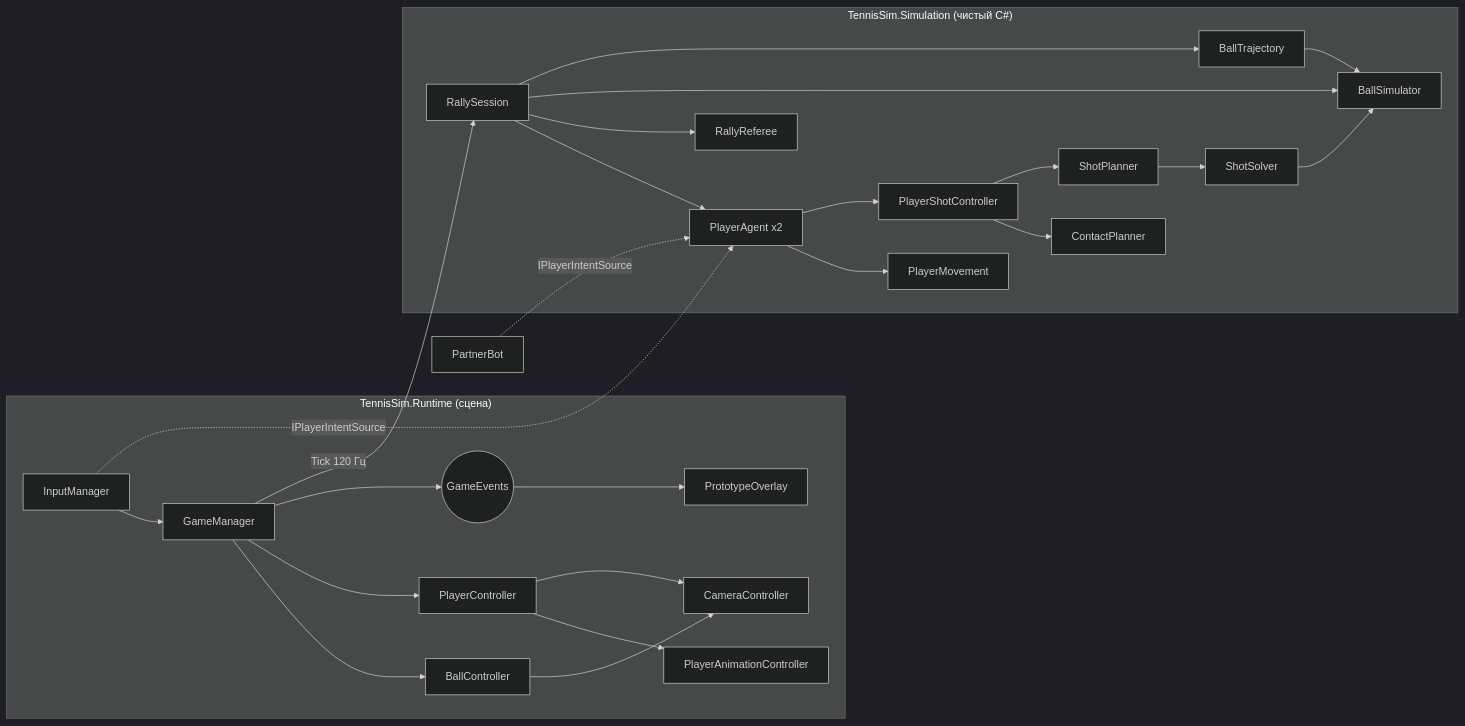
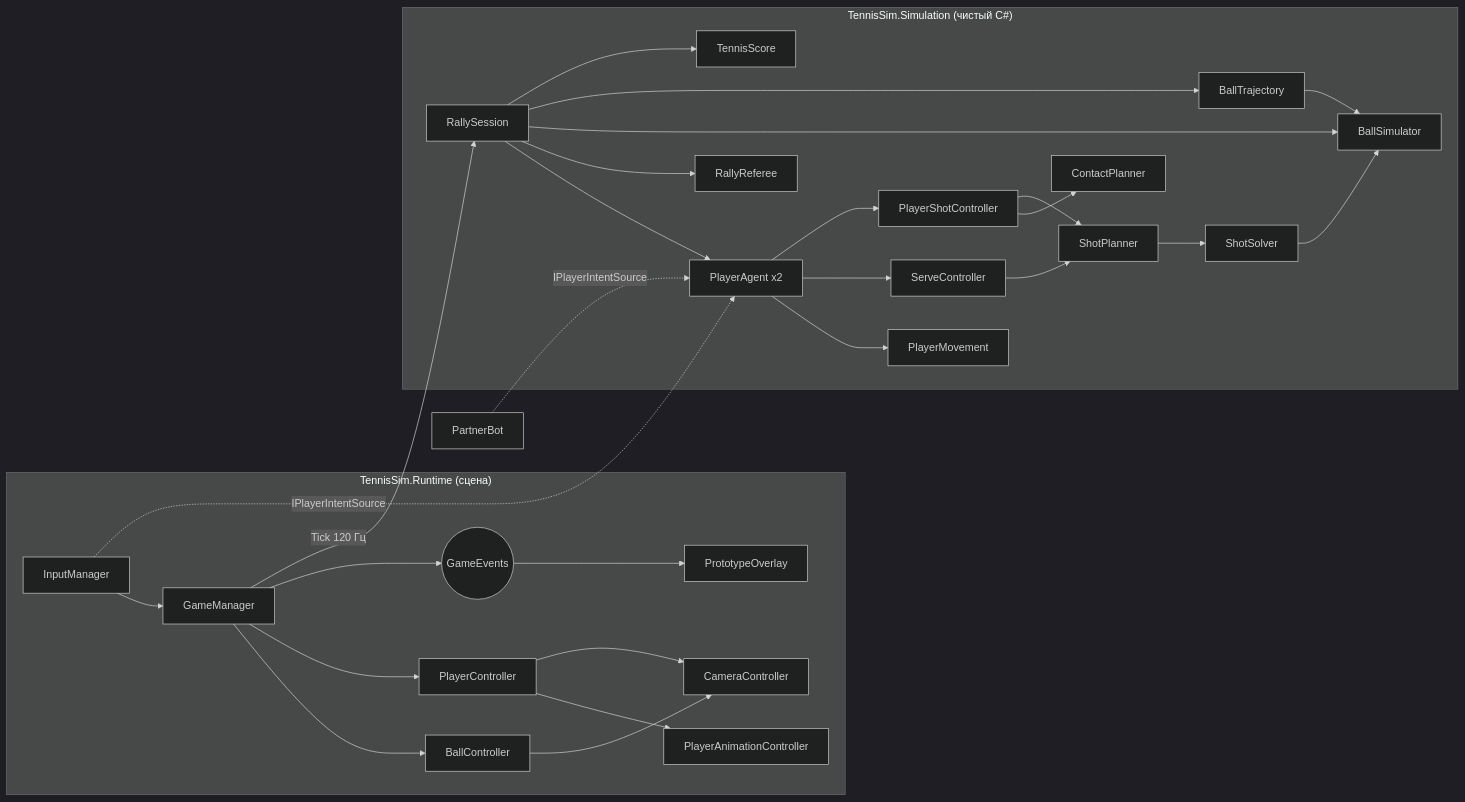
Before and after one commit to BlkDem/tennis: the first of 3 diagrams in docs/ARCHITECTURE.md, drawn with Mermaid (dark theme). The commit also changed other lines of this file and 31 other files, not shown here.

First line of the commit message:
Add real serve, tennis scoring and shot variety; fix low resolution

````diff
--- a/docs/ARCHITECTURE.md
+++ b/docs/ARCHITECTURE.md
@@ -13,29 +13,32 @@
 ```mermaid
 flowchart LR
     subgraph Unity["TennisSim.Runtime (сцена)"]
         IM[InputManager] --> GM[GameManager]
         GM --> BC[BallController]
         GM --> PC[PlayerController]
         PC --> PA[PlayerAnimationController]
         BC --> CAM[CameraController]
         PC --> CAM
         GM --> EV((GameEvents))
         EV --> OV[PrototypeOverlay]
     end
     subgraph Sim["TennisSim.Simulation (чистый C#)"]
         RS[RallySession] --> AG[PlayerAgent x2]
         RS --> REF[RallyReferee]
         RS --> BS[BallSimulator]
         RS --> TR[BallTrajectory]
+        RS --> SC[TennisScore]
         AG --> MV[PlayerMovement]
+        AG --> SV[ServeController]
+        SV --> SP
         AG --> SH[PlayerShotController]
         SH --> CP[ContactPlanner]
         SH --> SP[ShotPlanner]
         SP --> SS[ShotSolver]
         SS --> BS
         TR --> BS
     end
     GM -- "Tick 120 Гц" --> RS
     IM -. "IPlayerIntentSource" .-> AG
     BOT[PartnerBot] -. "IPlayerIntentSource" .-> AG
 ```
````
